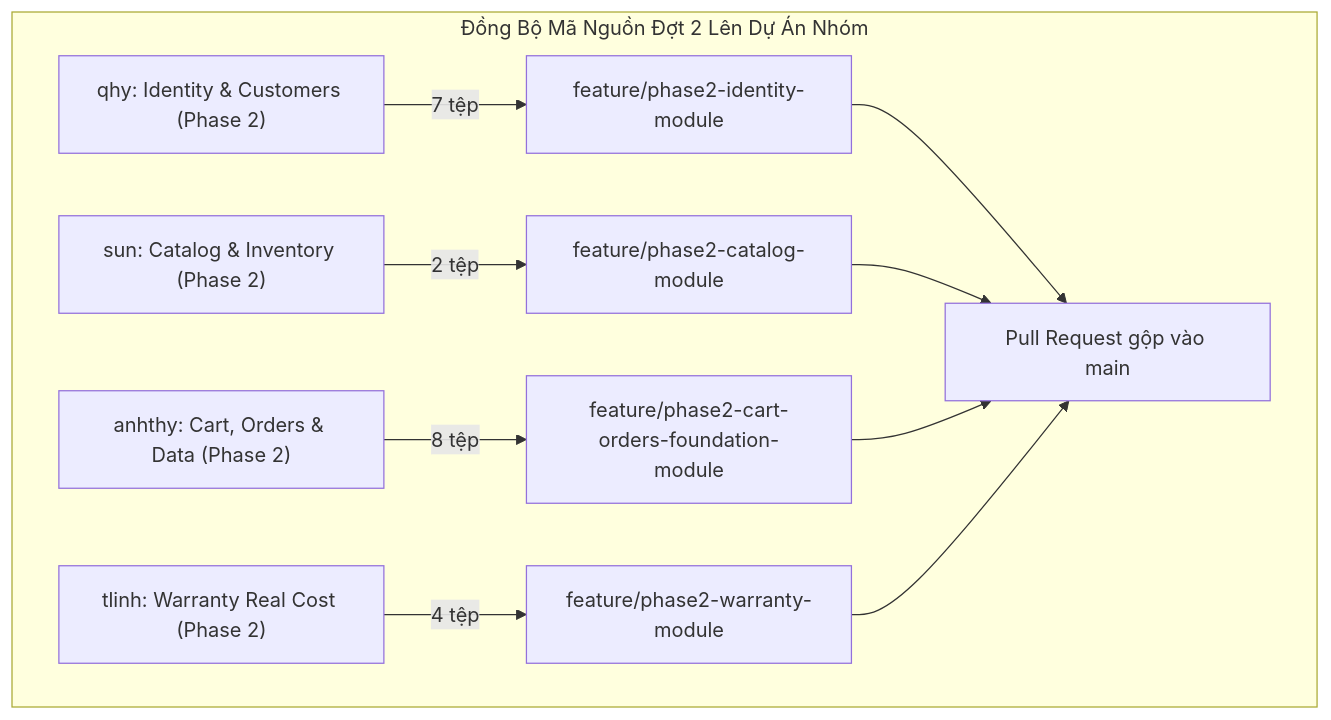
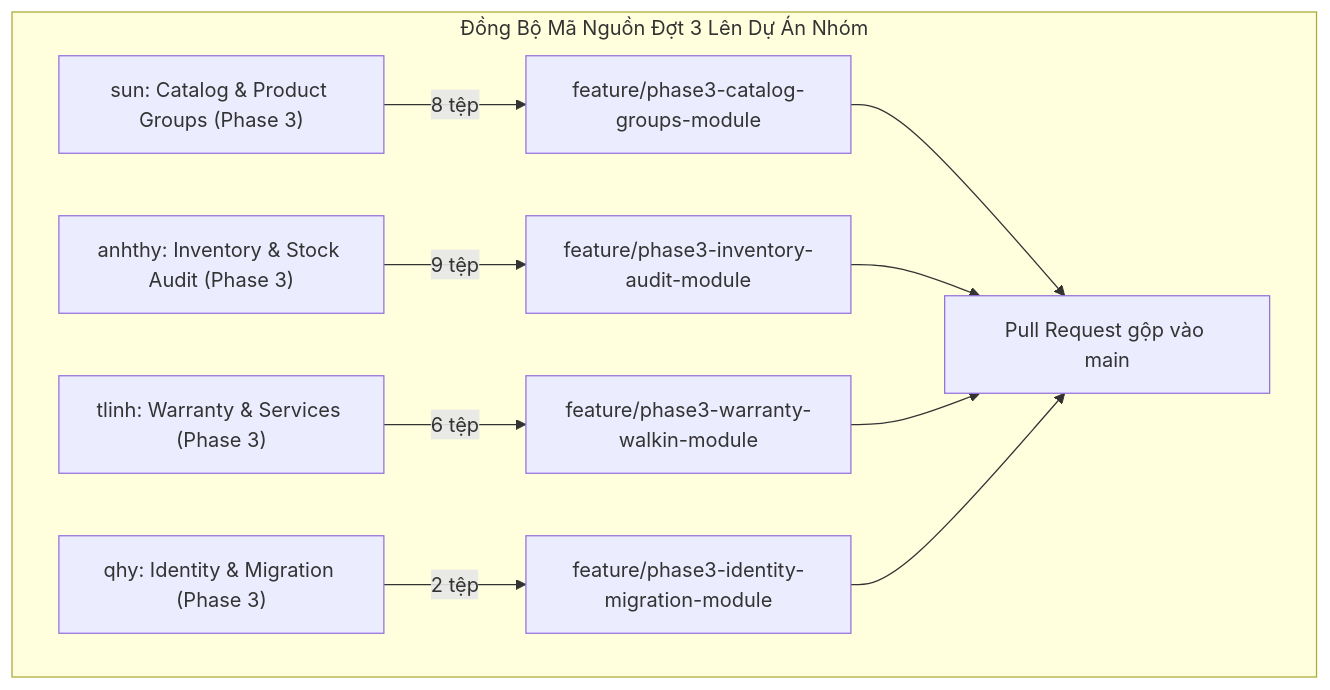
The diagram in scheduleCommit.md (sunsun0209s/Blink_Blink_Jewelry_Personal), drawn with Mermaid before and after one commit. The commit also changed other lines of this file, not shown here.

````diff
--- a/scheduleCommit.md
+++ b/scheduleCommit.md
@@ -100,13 +107,13 @@
 ```mermaid
 flowchart TD
-    subgraph Phase2Run["Đồng Bộ Mã Nguồn Đợt 2 Lên Dự Án Nhóm"]
-        A["qhy: Identity & Customers (Phase 2)"] -->|7 tệp| A_branch["feature/phase2-identity-module"]
-        B["sun: Catalog & Inventory (Phase 2)"] -->|2 tệp| B_branch["feature/phase2-catalog-module"]
-        C["anhthy: Cart, Orders & Data (Phase 2)"] -->|8 tệp| C_branch["feature/phase2-cart-orders-foundation-module"]
-        D["tlinh: Warranty Real Cost (Phase 2)"] -->|4 tệp| D_branch["feature/phase2-warranty-module"]
+    subgraph Phase3Run["Đồng Bộ Mã Nguồn Đợt 3 Lên Dự Án Nhóm"]
+        A["sun: Catalog & Product Groups (Phase 3)"] -->|8 tệp| A_branch["feature/phase3-catalog-groups-module"]
+        B["anhthy: Inventory & Stock Audit (Phase 3)"] -->|9 tệp| B_branch["feature/phase3-inventory-audit-module"]
+        C["tlinh: Warranty & Services (Phase 3)"] -->|6 tệp| C_branch["feature/phase3-warranty-walkin-module"]
+        D["qhy: Identity & Migration (Phase 3)"] -->|2 tệp| D_branch["feature/phase3-identity-migration-module"]
         A_branch --> PR["Pull Request gộp vào main"]
         B_branch --> PR
         C_branch --> PR
         D_branch --> PR
     end
 ```
````
